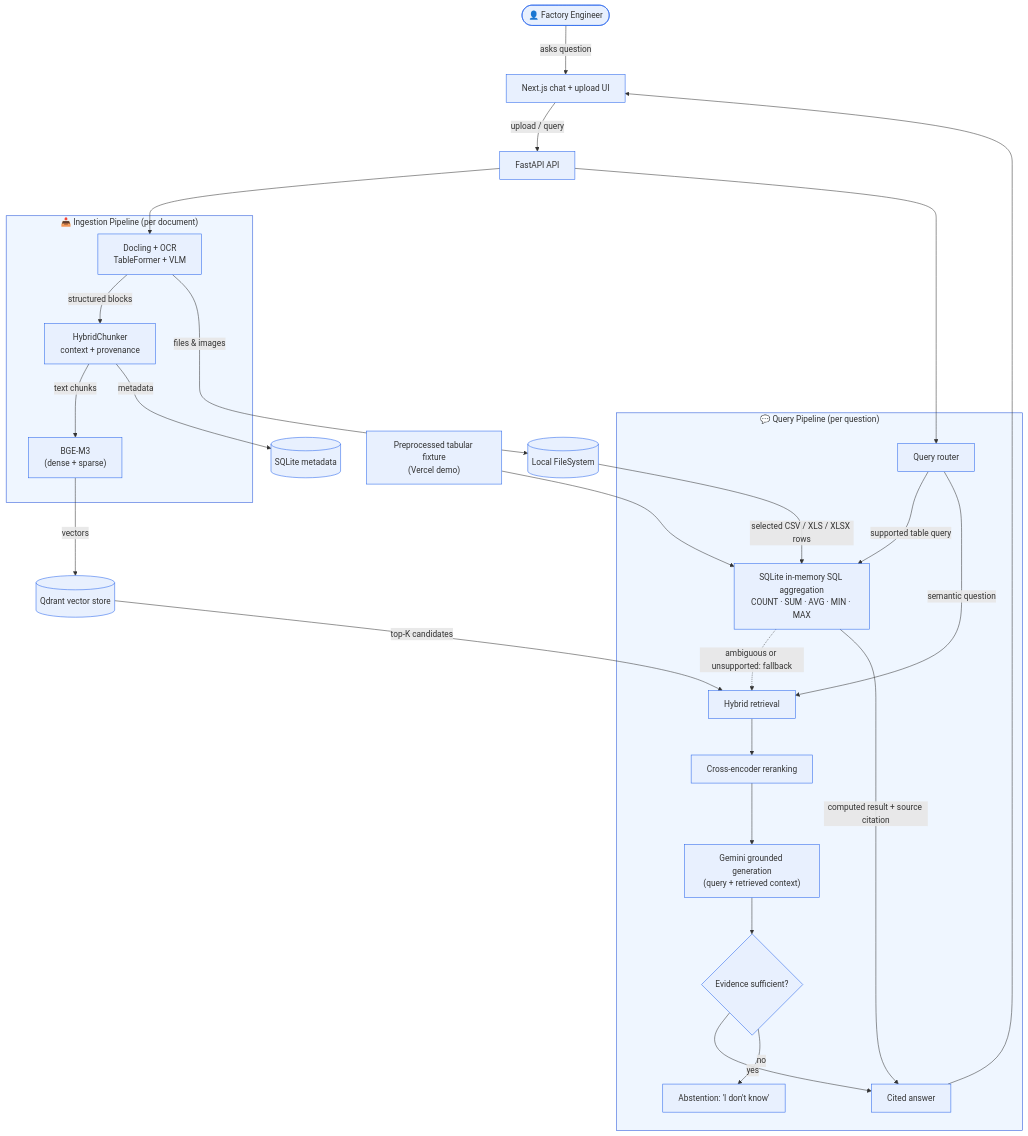
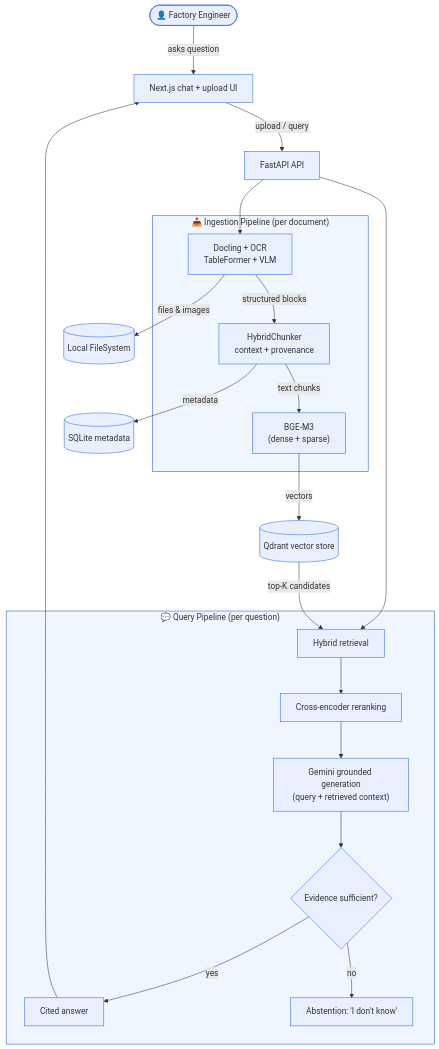
Before and after one commit to CuongMe/FORGE-Denso-Hackathon-Team-UNICORN-BUV-Deprecated: the diagram in README.md, drawn with Mermaid. The commit also changed other lines of this file and 1 other file, not shown here.

Commit message:
docs: restore architecture diagram without aggregation

````diff
--- a/README.md
+++ b/README.md
@@ -68,55 +68,47 @@
 ```mermaid
 %%{init: {'themeVariables': {'fontSize': '16px', 'fontFamily': 'Trebuchet MS, Verdana, Arial, sans-serif'}, 'flowchart': {'nodeSpacing': 50, 'rankSpacing': 70}}}%%
 flowchart TB
     USER(["👤 Factory Engineer"])
     UI["Next.js chat + upload UI"]
     API["FastAPI API"]
 
     USER -->|asks question| UI
     UI -->|upload / query| API
 
     subgraph INGESTION["📥 Ingestion Pipeline (per document)"]
         PARSE["Docling + OCR<br/>TableFormer + VLM"]
         CHUNK["HybridChunker<br/>context + provenance"]
         EMBED["BGE-M3<br/>(dense + sparse)"]
         PARSE -->|structured blocks| CHUNK
         CHUNK -->|text chunks| EMBED
     end
 
     subgraph QUERY["💬 Query Pipeline (per question)"]
-        ROUTER["Query router"]
-        AGGREGATE["SQLite in-memory SQL aggregation<br/>COUNT · SUM · AVG · MIN · MAX"]
         RETRIEVE["Hybrid retrieval"]
         RERANK["Cross-encoder reranking"]
         GEMINI["Gemini grounded generation<br/>(query + retrieved context)"]
         CHECK{"Evidence sufficient?"}
         ANSWER["Cited answer"]
         ABSTAIN["Abstention: 'I don't know'"]
 
-        ROUTER -->|supported table query| AGGREGATE
-        ROUTER -->|semantic question| RETRIEVE
-        AGGREGATE -.->|ambiguous or unsupported: fallback| RETRIEVE
         RETRIEVE --> RERANK --> GEMINI --> CHECK
         CHECK -->|yes| ANSWER
         CHECK -->|no| ABSTAIN
     end
 
     API --> PARSE
-    API --> ROUTER
+    API --> RETRIEVE
 
     EMBED -->|vectors| QDRANT[("Qdrant vector store")]
     CHUNK -->|metadata| SQLITE[("SQLite metadata")]
     PARSE -->|files & images| FILES[("Local FileSystem")]
 
-    FILES -->|selected CSV / XLS / XLSX rows| AGGREGATE
-    DEMO_TABLE["Preprocessed tabular fixture<br/>(Vercel demo)"] --> AGGREGATE
     QDRANT -->|top-K candidates| RETRIEVE
-    AGGREGATE -->|computed result + source citation| ANSWER
     ANSWER --> UI
 
     classDef node fill:#E8F0FE,stroke:#2563EB,color:#333333
-    class USER,UI,API,PARSE,CHUNK,EMBED,ROUTER,AGGREGATE,RETRIEVE,RERANK,GEMINI,CHECK,ANSWER,ABSTAIN,QDRANT,SQLITE,FILES,DEMO_TABLE node
+    class USER,UI,API,PARSE,CHUNK,EMBED,RETRIEVE,RERANK,GEMINI,CHECK,ANSWER,ABSTAIN,QDRANT,SQLITE,FILES node
     style INGESTION fill:#EFF6FF,stroke:#1D4ED8,color:#333333
     style QUERY fill:#EFF6FF,stroke:#1D4ED8,color:#333333
     linkStyle default stroke:#333333,stroke-width:1px
 ```
````
